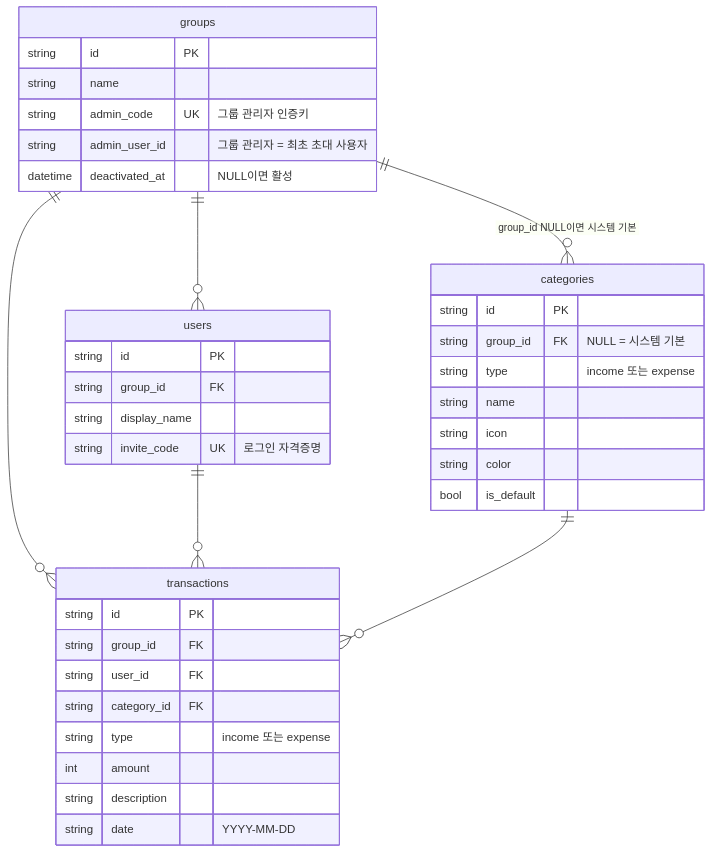
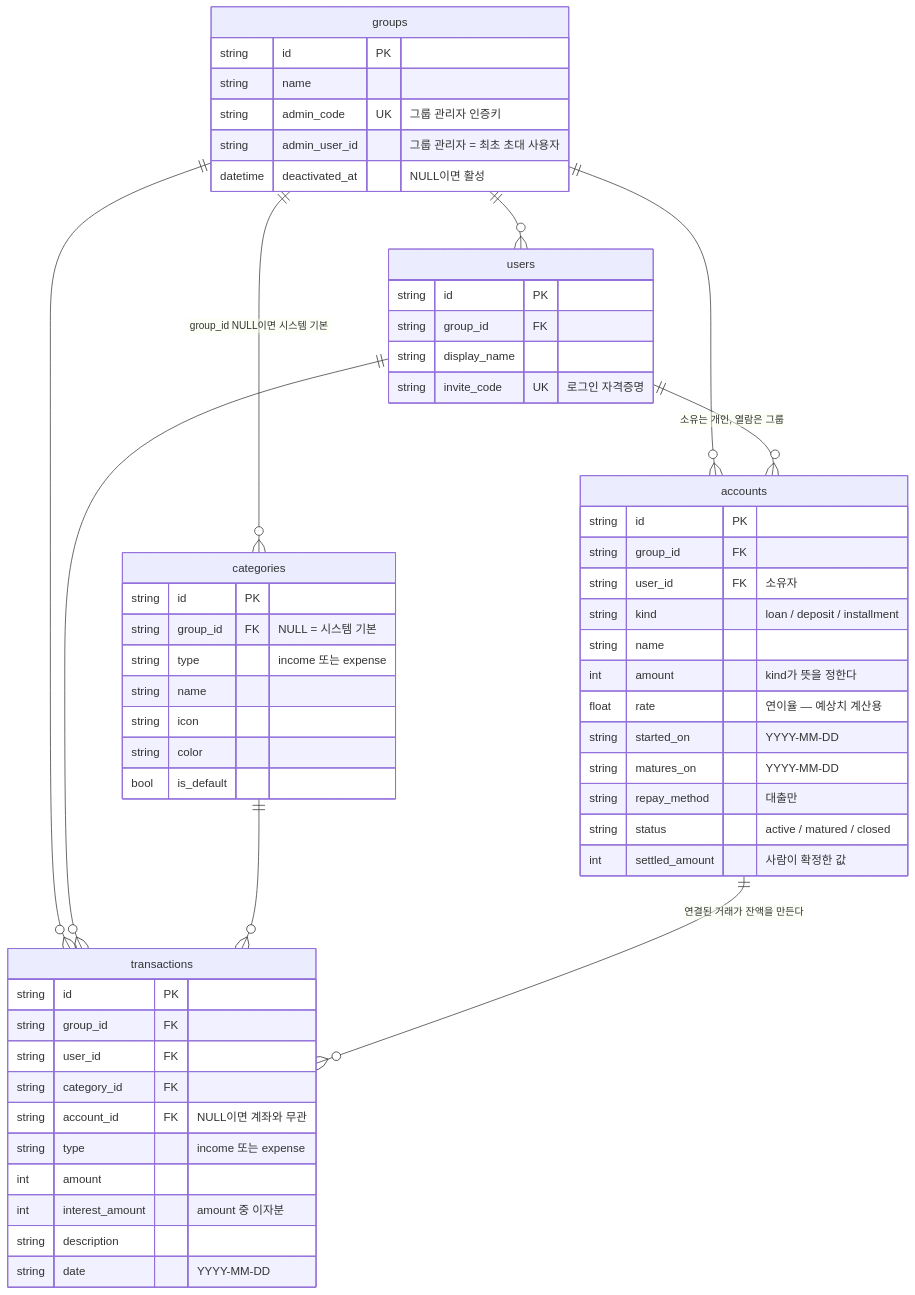
The diagram in docs/data-model.md (s2ngK/claude-asset-man), drawn with Mermaid before and after one commit. The commit also changed other lines of this file and 31 other files, not shown here.

````diff
--- a/docs/data-model.md
+++ b/docs/data-model.md
@@ -7,41 +7,60 @@
 ```mermaid
 erDiagram
     groups ||--o{ users : ""
     groups ||--o{ transactions : ""
     groups ||--o{ categories : "group_id NULL이면 시스템 기본"
+    groups ||--o{ accounts : ""
     users ||--o{ transactions : ""
+    users ||--o{ accounts : "소유는 개인, 열람은 그룹"
     categories ||--o{ transactions : ""
+    accounts ||--o{ transactions : "연결된 거래가 잔액을 만든다"
 
     groups {
         string id PK
         string name
         string admin_code UK "그룹 관리자 인증키"
         string admin_user_id "그룹 관리자 = 최초 초대 사용자"
         datetime deactivated_at "NULL이면 활성"
     }
     users {
         string id PK
         string group_id FK
         string display_name
         string invite_code UK "로그인 자격증명"
     }
     categories {
         string id PK
         string group_id FK "NULL = 시스템 기본"
         string type "income 또는 expense"
         string name
         string icon
         string color
         bool is_default
     }
     transactions {
         string id PK
         string group_id FK
         string user_id FK
         string category_id FK
+        string account_id FK "NULL이면 계좌와 무관"
         string type "income 또는 expense"
         int amount
+        int interest_amount "amount 중 이자분"
         string description
         string date "YYYY-MM-DD"
     }
+    accounts {
+        string id PK
+        string group_id FK
+        string user_id FK "소유자"
+        string kind "loan / deposit / installment"
+        string name
+        int amount "kind가 뜻을 정한다"
+        float rate "연이율 — 예상치 계산용"
+        string started_on "YYYY-MM-DD"
+        string matures_on "YYYY-MM-DD"
+        string repay_method "대출만"
+        string status "active / matured / closed"
+        int settled_amount "사람이 확정한 값"
+    }
 ```
````
